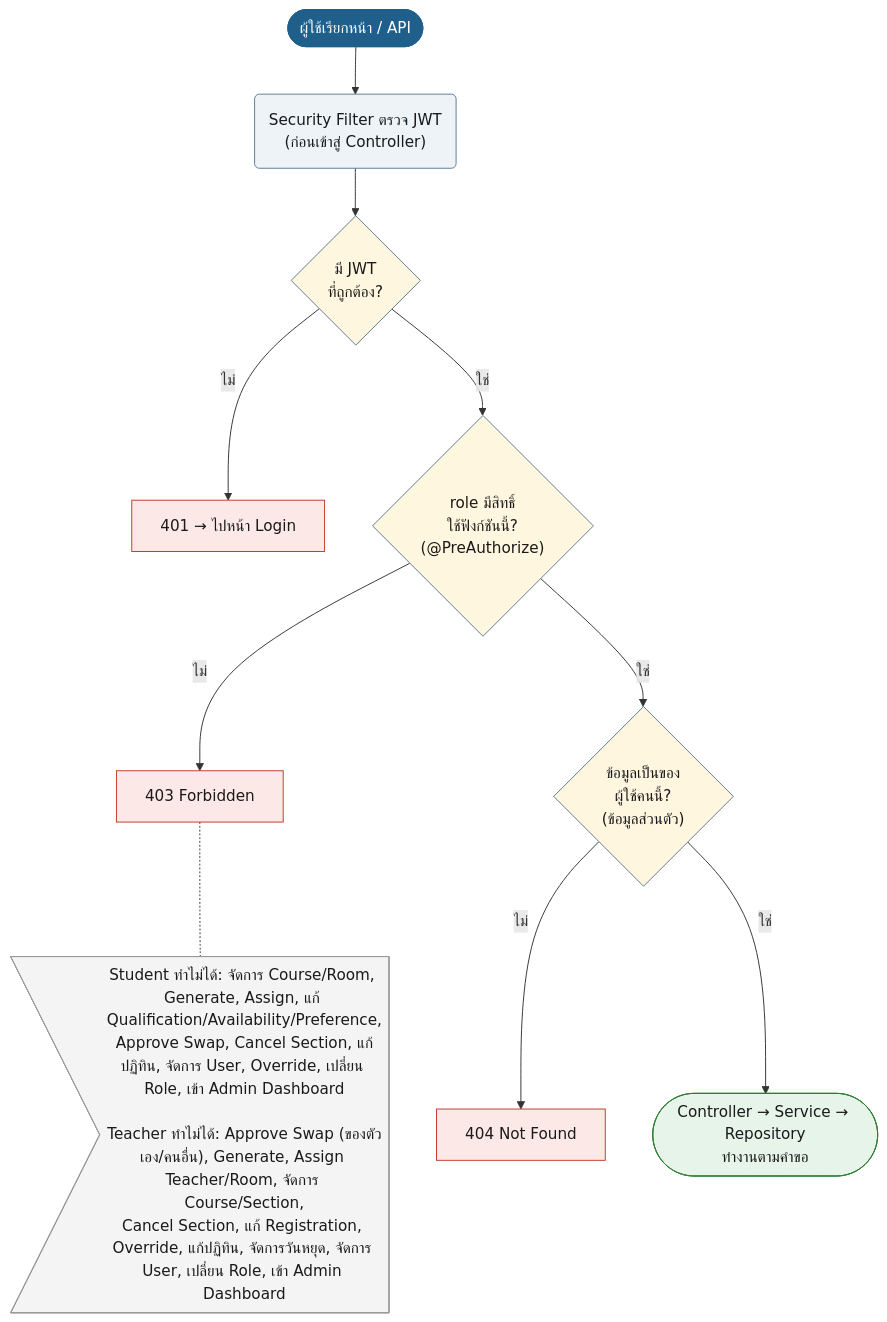
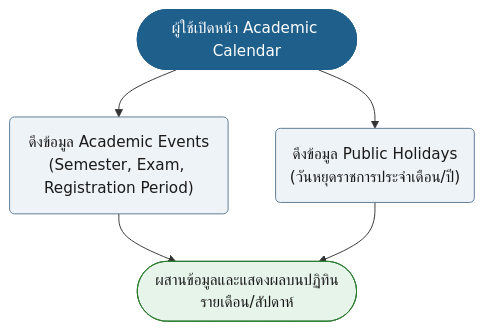
Before and after one commit to synthesixer/AcadOS: the third of 19 diagrams in doc/diagram/Userflow_diagram.md, drawn with Mermaid. The commit also changed other lines of this file and 8 other files, not shown here.

First line of the commit message:
feat add Consolidate docs and fix assign teacher UI

````diff
--- a/doc/diagram/Userflow_diagram.md
+++ b/doc/diagram/Userflow_diagram.md
@@ -173,28 +141,15 @@
 ```mermaid
 flowchart TD
-    n1(["ผู้ใช้เรียกหน้า / API"]):::start
-    n2("Security Filter ตรวจ JWT<br/>(ก่อนเข้าสู่ Controller)"):::act
+    n1(["ผู้ใช้เปิดหน้า Academic Calendar"]):::start
+    n2("ดึงข้อมูล Academic Events<br/>(Semester, Exam, Registration Period)"):::act
+    n3("ดึงข้อมูล Public Holidays<br/>(วันหยุดราชการประจำเดือน/ปี)"):::act
     n1 --> n2
-    n3{"มี JWT<br/>ที่ถูกต้อง?"}:::dec
-    n2 --> n3
-    n4["401 → ไปหน้า Login"]:::bad
-    n3 -->|ไม่| n4
-    n5{"role มีสิทธิ์<br/>ใช้ฟังก์ชันนี้?<br/>(@PreAuthorize)"}:::dec
-    n3 -->|ใช่| n5
-    n6["403 Forbidden"]:::bad
-    n5 -->|ไม่| n6
-    n7{"ข้อมูลเป็นของ<br/>ผู้ใช้คนนี้?<br/>(ข้อมูลส่วนตัว)"}:::dec
-    n5 -->|ใช่| n7
-    n8["404 Not Found"]:::bad
-    n7 -->|ไม่| n8
-    n9(["Controller → Service → Repository<br/>ทำงานตามคำขอ"]):::ok
-    n7 -->|ใช่| n9
-    n10>"Student ทำไม่ได้: จัดการ Course/Room, Generate, Assign, แก้ Qualification/Availability/Preference,<br/>Approve Swap, Cancel Section, แก้ปฏิทิน, จัดการ User, Override, เปลี่ยน Role, เข้า Admin Dashboard<br/><br/>Teacher ทำไม่ได้: Approve Swap (ของตัวเอง/คนอื่น), Generate, Assign Teacher/Room, จัดการ Course/Section,<br/>Cancel Section, แก้ Registration, Override, แก้ปฏิทิน, จัดการวันหยุด, จัดการ User, เปลี่ยน Role, เข้า Admin Dashboard"]:::note
-    n6 -.- n10
+    n1 --> n3
+    n4(["ผสานข้อมูลและแสดงผลบนปฏิทินรายเดือน/สัปดาห์"]):::ok
+    n2 --> n4
+    n3 --> n4
+
     classDef start fill:#1F5F8B,stroke:#1F5F8B,color:#fff
     classDef act fill:#EEF3F8,stroke:#5B7A94,color:#1a1a1a
-    classDef dec fill:#FFF6E0,stroke:#5B7A94,color:#1a1a1a
-    classDef bad fill:#FCE8E6,stroke:#C0392B,color:#1a1a1a
     classDef ok fill:#E6F4EA,stroke:#2E7D32,color:#1a1a1a
-    classDef note fill:#F4F4F4,stroke:#999,color:#1a1a1a
 ```
````
